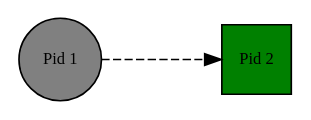
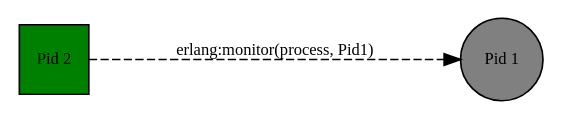
One commit to mtrsk/mtrsk.github.io changed the sixth of 7 diagrams in notes/20241001192402-error_handling_in_erlang.org. Above: the diagram before and after it, drawn with Graphviz. The commit also changed other lines of this file and 19 other files, not shown here.

```diff
--- a/notes/20241001192402-error_handling_in_erlang.org
+++ b/notes/20241001192402-error_handling_in_erlang.org
@@ -222,12 +222,12 @@
 #+BEGIN_SRC dot :file ../static/img/notes/erlang_monitor.png :cmdline -Kdot -Tpng :exports results
   digraph Monitor {
       node [shape=circle];
       rankdir="LR";
       sep = 1;
 
       pid1 [label="Pid 1", fontsize="10pt", style=filled, fillcolor=grey];
       pid2 [label="Pid 2", fontsize="10pt", style=filled, fillcolor=green, shape=square];
 
-      pid1 -> pid2 [fontsize="10pt", minlen=2, style=dashed];
+      pid2 -> pid1 [label="erlang:monitor(process, Pid1)", fontsize="10pt", minlen=2, style=dashed];
   }
 #+END_SRC
```
